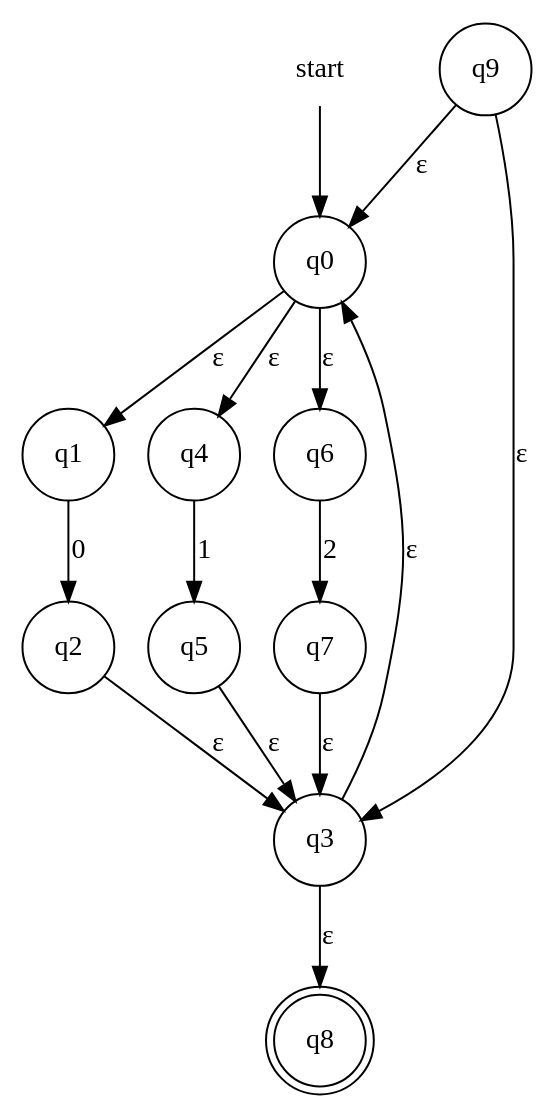
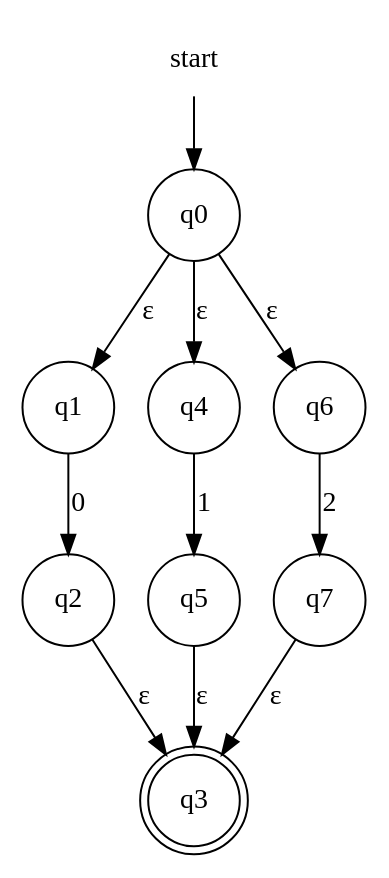
Before and after one commit to evertheylen/TA_TO: the diagram in fase1/RE-eNFA/regex_13.dot, drawn with Graphviz. The commit also changed 13 other files, not shown here.

```diff
--- a/fase1/RE-eNFA/regex_13.dot
+++ b/fase1/RE-eNFA/regex_13.dot
@@ -1,19 +1,15 @@
 digraph automaton {
     node [shape=none]; start;
-    node [shape=doublecircle]; "q8";
+    node [shape=doublecircle]; "q3";
     node [shape=circle];
     start -> "q0";
     "q0" -> "q1" [label="&epsilon;"];
     "q0" -> "q4" [label="&epsilon;"];
     "q0" -> "q6" [label="&epsilon;"];
     "q1" -> "q2" [label="0"];
     "q2" -> "q3" [label="&epsilon;"];
-    "q3" -> "q0" [label="&epsilon;"];
-    "q3" -> "q8" [label="&epsilon;"];
     "q4" -> "q5" [label="1"];
     "q5" -> "q3" [label="&epsilon;"];
     "q6" -> "q7" [label="2"];
     "q7" -> "q3" [label="&epsilon;"];
-    "q9" -> "q0" [label="&epsilon;"];
-    "q9" -> "q3" [label="&epsilon;"];
 }
```
